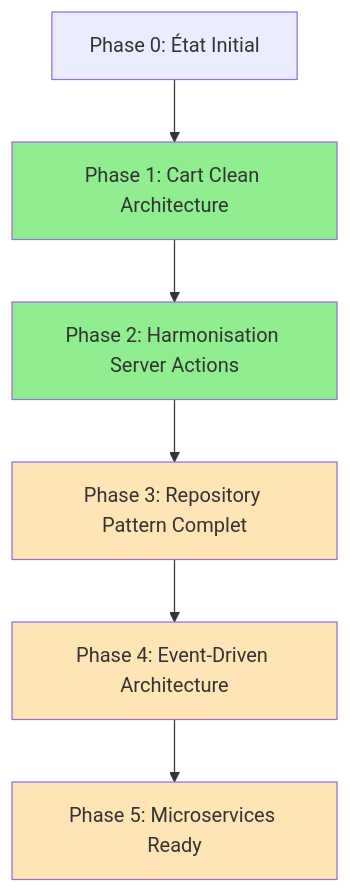
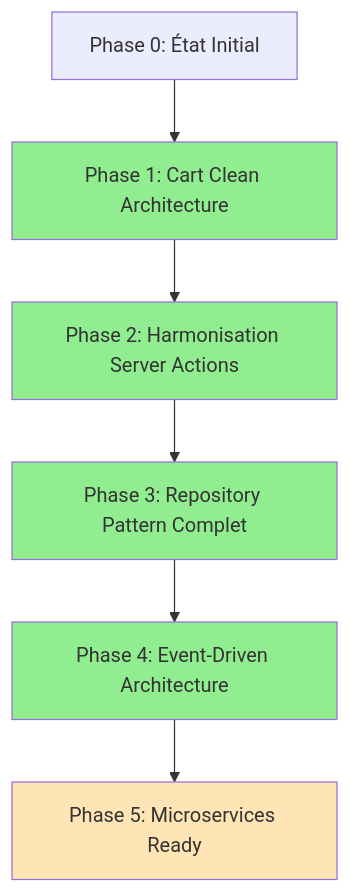
One commit to inherbver/herbisveritas changed the diagram in doc/PLAN_REFACTORING_STATUS.md. Above: the diagram before and after it, drawn with Mermaid. The commit also changed other lines of this file and 72 other files, not shown here.

First line of the commit message:
feat(architecture): migration complète vers Event-Driven Architecture

````diff
--- a/doc/PLAN_REFACTORING_STATUS.md
+++ b/doc/PLAN_REFACTORING_STATUS.md
@@ -11,14 +11,14 @@
 ```mermaid
 graph TD
     A[Phase 0: État Initial] --> B[Phase 1: Cart Clean Architecture]
     B --> C[Phase 2: Harmonisation Server Actions]
     C --> D[Phase 3: Repository Pattern Complet]
     D --> E[Phase 4: Event-Driven Architecture]
     E --> F[Phase 5: Microservices Ready]
     
     style B fill:#90EE90
     style C fill:#90EE90
-    style D fill:#FFE4B5
-    style E fill:#FFE4B5
+    style D fill:#90EE90
+    style E fill:#90EE90
     style F fill:#FFE4B5
 ```
````
